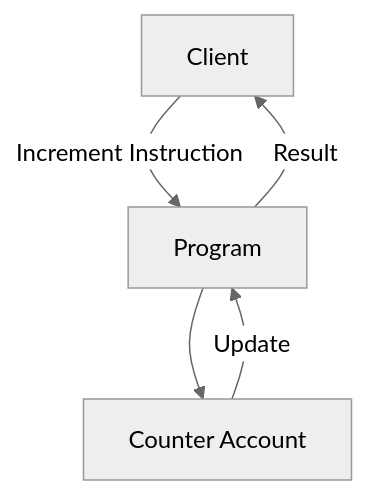
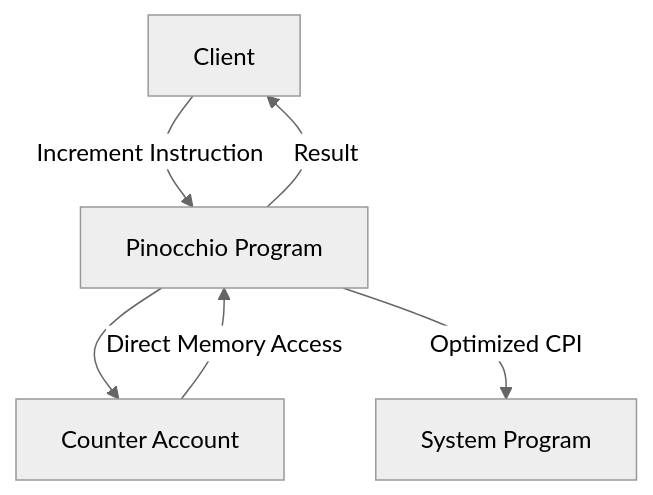
Before and after one commit to yllvar/pinocchio-counter: the diagram in README.md, drawn with Mermaid (neutral theme). The commit also changed other lines of this file, not shown here.

````diff
--- a/README.md
+++ b/README.md
@@ -38,7 +52,8 @@
 ```mermaid
 flowchart TD
-    A[Client] -->|Increment Instruction| B[Program]
+    A[Client] -->|Increment Instruction| B[Pinocchio Program]
     B --> C[Counter Account]
-    C -->|Update| B
+    C -->|Direct Memory Access| B
+    B -->|Optimized CPI| D[System Program]
     B -->|Result| A
 ```
````
